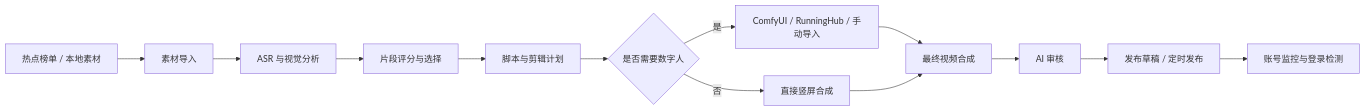
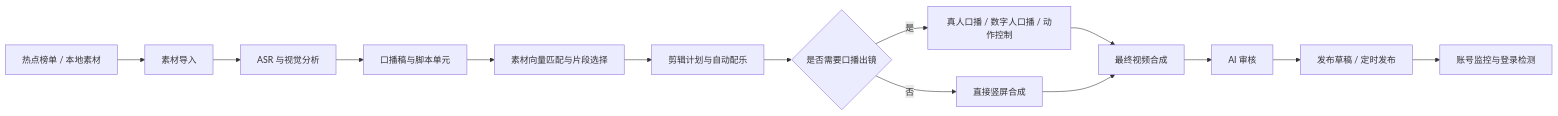
Before and after one commit to HQAmenghen/TrendCut-Studio: the first of 2 diagrams in README.md, drawn with Mermaid. The commit also changed other lines of this file and 6 other files, not shown here.

````diff
--- a/README.md
+++ b/README.md
@@ -37,15 +41,16 @@
 ```mermaid
 flowchart LR
   A["热点榜单 / 本地素材"] --> B["素材导入"]
   B --> C["ASR 与视觉分析"]
-  C --> D["片段评分与选择"]
-  D --> E["脚本与剪辑计划"]
-  E --> F{"是否需要数字人"}
-  F -->|是| G["ComfyUI / RunningHub / 手动导入"]
-  F -->|否| H["直接竖屏合成"]
-  G --> I["最终视频合成"]
-  H --> I
-  I --> J["AI 审核"]
-  J --> K["发布草稿 / 定时发布"]
-  K --> L["账号监控与登录检测"]
+  C --> D["口播稿与脚本单元"]
+  D --> E["素材向量匹配与片段选择"]
+  E --> F["剪辑计划与自动配乐"]
+  F --> G{"是否需要口播出镜"}
+  G -->|是| H["真人口播 / 数字人口播 / 动作控制"]
+  G -->|否| I["直接竖屏合成"]
+  H --> J["最终视频合成"]
+  I --> J
+  J --> K["AI 审核"]
+  K --> L["发布草稿 / 定时发布"]
+  L --> M["账号监控与登录检测"]
 ```
````
